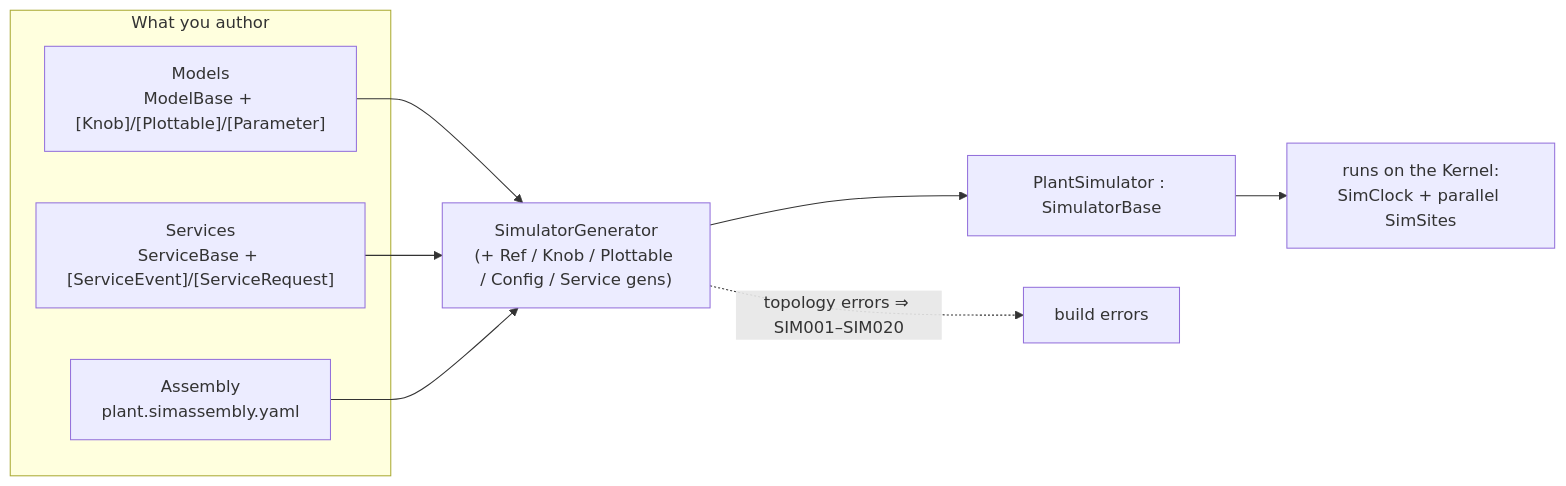
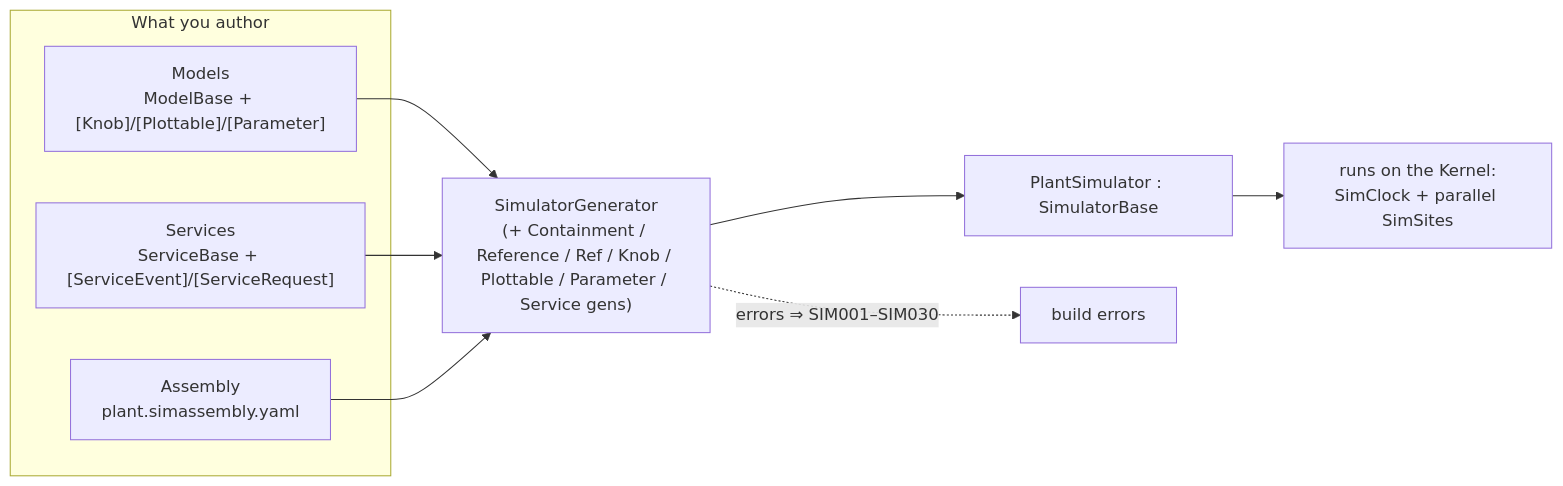
The first of 2 diagrams in public/content/authoring-model.md (SimulaSharp-org/simulasharp-docs), drawn with Mermaid before and after one commit. The commit also changed other lines of this file and 3 other files, not shown here.

Commit message:
Bring the model, containment and association pages up to 0.5.3, the partial rule, Ref shapes and global events had changed

````diff
--- a/public/content/authoring-model.md
+++ b/public/content/authoring-model.md
@@ -16,14 +16,14 @@
 ```mermaid
 flowchart LR
   subgraph AUTHOR["What you author"]
     M["Models<br/>ModelBase + [Knob]/[Plottable]/[Parameter]"]
     S["Services<br/>ServiceBase + [ServiceEvent]/[ServiceRequest]"]
     Y["Assembly<br/>plant.simassembly.yaml"]
   end
   M --> GEN
   S --> GEN
   Y --> GEN
-  GEN["SimulatorGenerator<br/>(+ Ref / Knob / Plottable / Config / Service gens)"] --> SIM["PlantSimulator : SimulatorBase"]
-  GEN -.->|"topology errors ⇒ SIM001–SIM020"| ERR["build errors"]
+  GEN["SimulatorGenerator<br/>(+ Containment / Reference / Ref / Knob / Plottable / Parameter / Service gens)"] --> SIM["PlantSimulator : SimulatorBase"]
+  GEN -.->|"errors ⇒ SIM001–SIM030"| ERR["build errors"]
   SIM --> RUN["runs on the Kernel:<br/>SimClock + parallel SimSites"]
 ```
````
